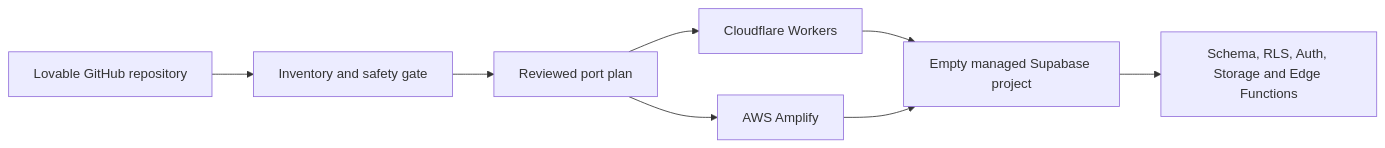
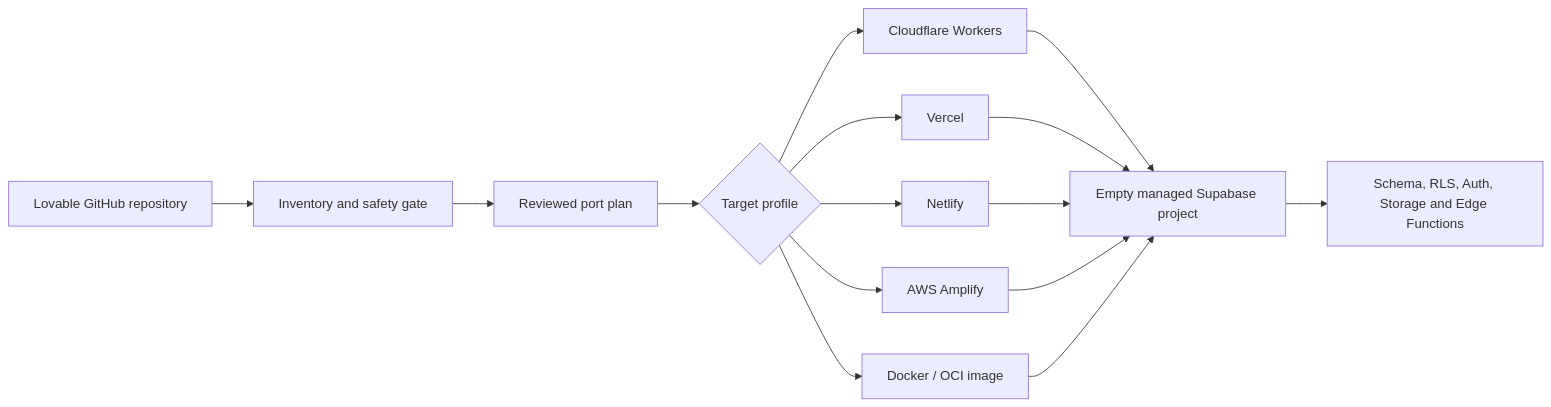
Before and after one commit to adamhjort/lovable-porting-agent: the diagram in README.md, drawn with Mermaid. The commit also changed other lines of this file and 12 other files, not shown here.

````diff
--- a/README.md
+++ b/README.md
@@ -25,10 +25,17 @@
 ```mermaid
 flowchart LR
     A["Lovable GitHub repository"] --> B["Inventory and safety gate"]
     B --> C["Reviewed port plan"]
-    C --> D["Cloudflare Workers"]
-    C --> E["AWS Amplify"]
-    D --> F["Empty managed Supabase project"]
-    E --> F
-    F --> G["Schema, RLS, Auth, Storage and Edge Functions"]
+    C --> D{"Target profile"}
+    D --> CF["Cloudflare Workers"]
+    D --> VE["Vercel"]
+    D --> NE["Netlify"]
+    D --> AW["AWS Amplify"]
+    D --> DO["Docker / OCI image"]
+    CF --> S["Empty managed Supabase project"]
+    VE --> S
+    NE --> S
+    AW --> S
+    DO --> S
+    S --> G["Schema, RLS, Auth, Storage and Edge Functions"]
 ```
````
